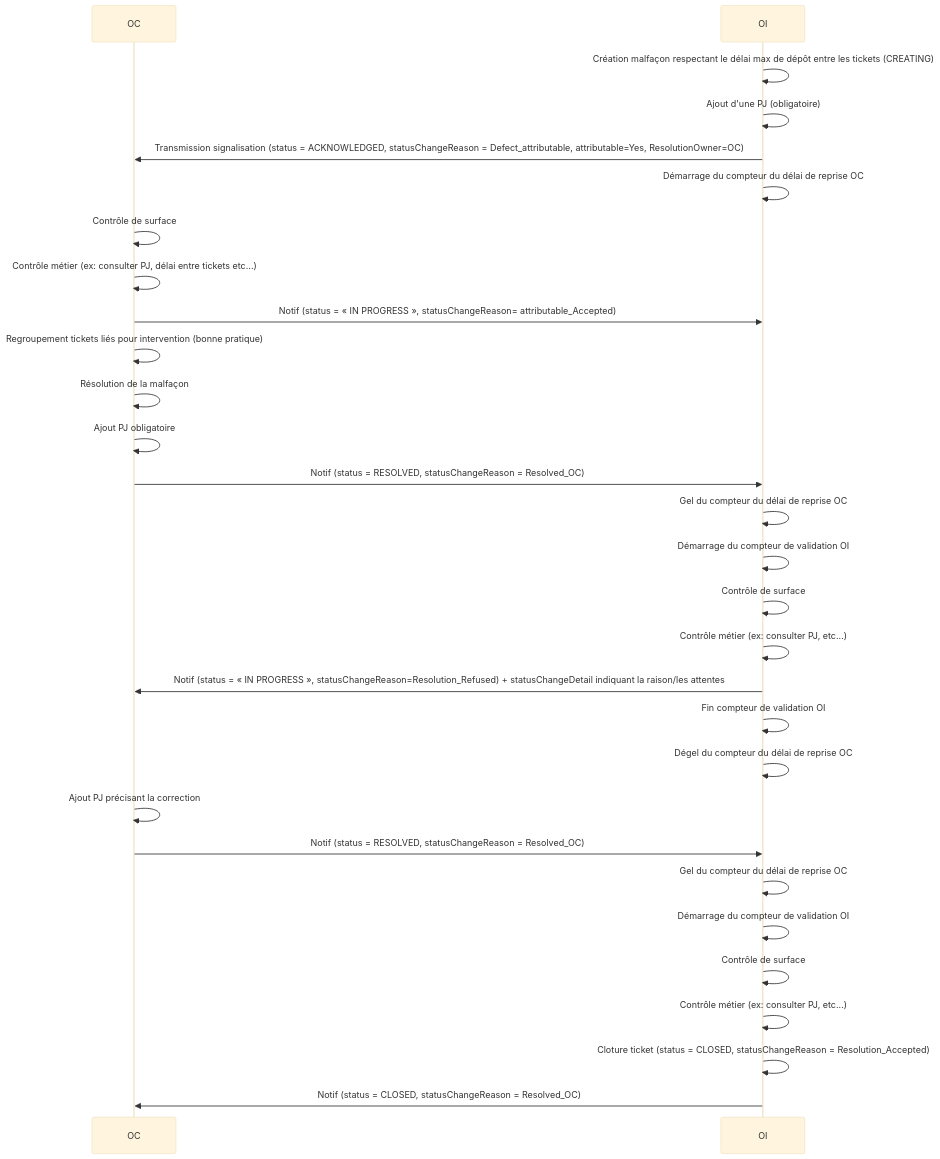
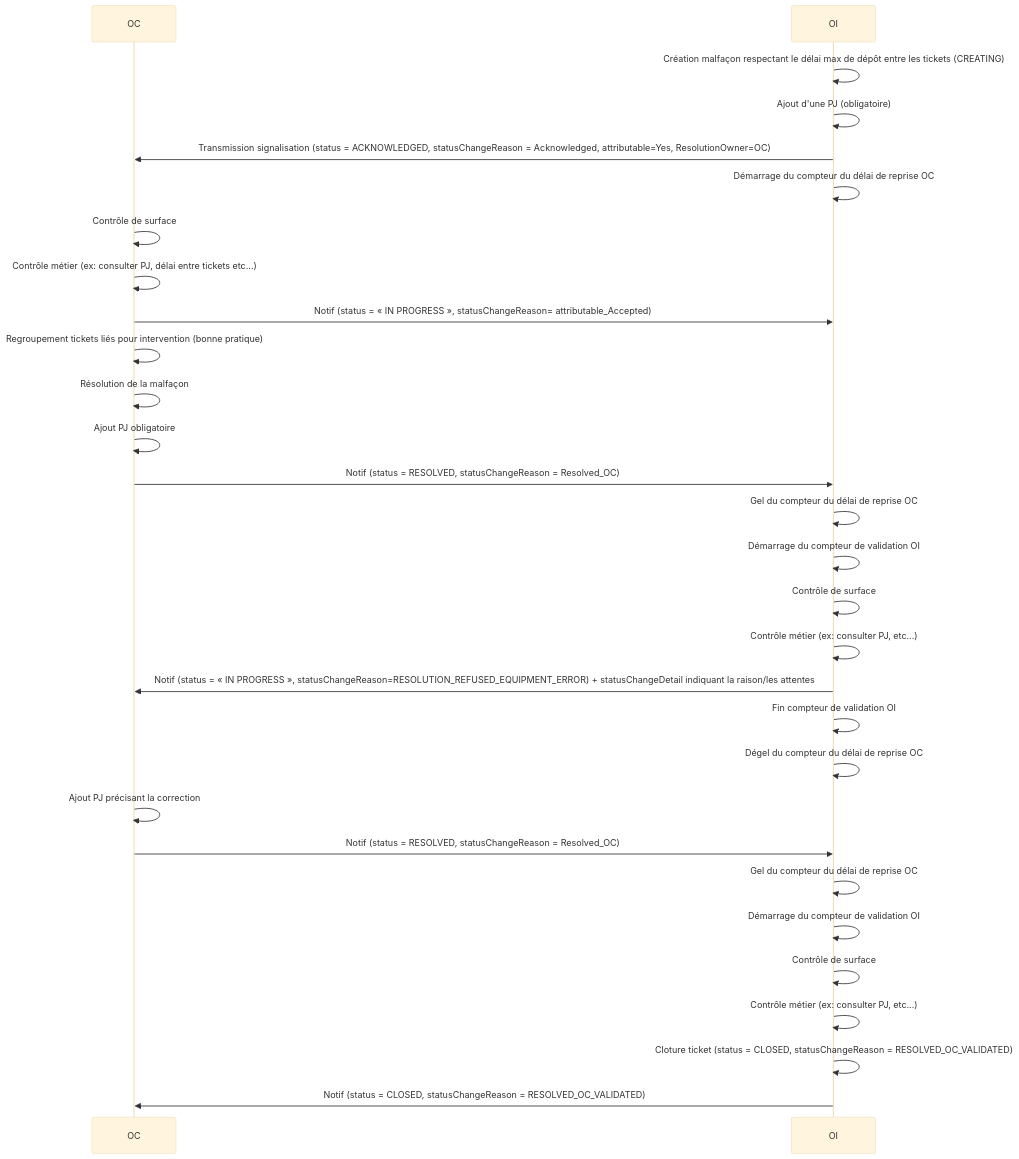
One commit to before-interop/malfacon changed the sixth of 12 diagrams in README.md. Above: the diagram before and after it, drawn with Mermaid (base theme). The commit also changed other lines of this file, not shown here.

````diff
--- a/README.md
+++ b/README.md
@@ -468,33 +468,33 @@
 ```mermaid
 sequenceDiagram
 
   participant OC
   participant OI
 
   OI->>OI: Création malfaçon respectant le délai max de dépôt entre les tickets (CREATING)
   OI->>OI: Ajout d'une PJ (obligatoire)
-  OI->>OC: Transmission signalisation (status = ACKNOWLEDGED, statusChangeReason = Defect_attributable, attributable=Yes, ResolutionOwner=OC)
+  OI->>OC: Transmission signalisation (status = ACKNOWLEDGED, statusChangeReason = Acknowledged, attributable=Yes, ResolutionOwner=OC)
   OI->>OI: Démarrage du compteur du délai de reprise OC
   OC->>OC: Contrôle de surface
   OC->>OC: Contrôle métier (ex: consulter PJ, délai entre tickets etc...)
   OC->>OI: Notif (status = « IN PROGRESS », statusChangeReason= attributable_Accepted)
   OC->>OC: Regroupement tickets liés pour intervention (bonne pratique)
   OC->>OC: Résolution de la malfaçon
   OC->>OC: Ajout PJ obligatoire
   OC->>OI: Notif (status = RESOLVED, statusChangeReason = Resolved_OC)
   OI->>OI: Gel du compteur du délai de reprise OC
   OI->>OI: Démarrage du compteur de validation OI
   OI->>OI: Contrôle de surface
   OI->>OI: Contrôle métier (ex: consulter PJ, etc...)
-  OI->>OC: Notif (status = « IN PROGRESS », statusChangeReason=Resolution_Refused) + statusChangeDetail indiquant la raison/les attentes
+  OI->>OC: Notif (status = « IN PROGRESS », statusChangeReason=RESOLUTION_REFUSED_EQUIPMENT_ERROR) + statusChangeDetail indiquant la raison/les attentes
   OI->>OI: Fin compteur de validation OI
   OI->>OI: Dégel du compteur du délai de reprise OC
   OC->>OC: Ajout PJ précisant la correction
   OC->>OI: Notif (status = RESOLVED, statusChangeReason = Resolved_OC)
   OI->>OI: Gel du compteur du délai de reprise OC
   OI->>OI: Démarrage du compteur de validation OI
   OI->>OI: Contrôle de surface
   OI->>OI: Contrôle métier (ex: consulter PJ, etc...)
-  OI->>OI: Cloture ticket (status = CLOSED, statusChangeReason = Resolution_Accepted)
-  OI->>OC: Notif (status = CLOSED, statusChangeReason = Resolved_OC)
+  OI->>OI: Cloture ticket (status = CLOSED, statusChangeReason = RESOLVED_OC_VALIDATED)
+  OI->>OC: Notif (status = CLOSED, statusChangeReason = RESOLVED_OC_VALIDATED)
 ```
````
